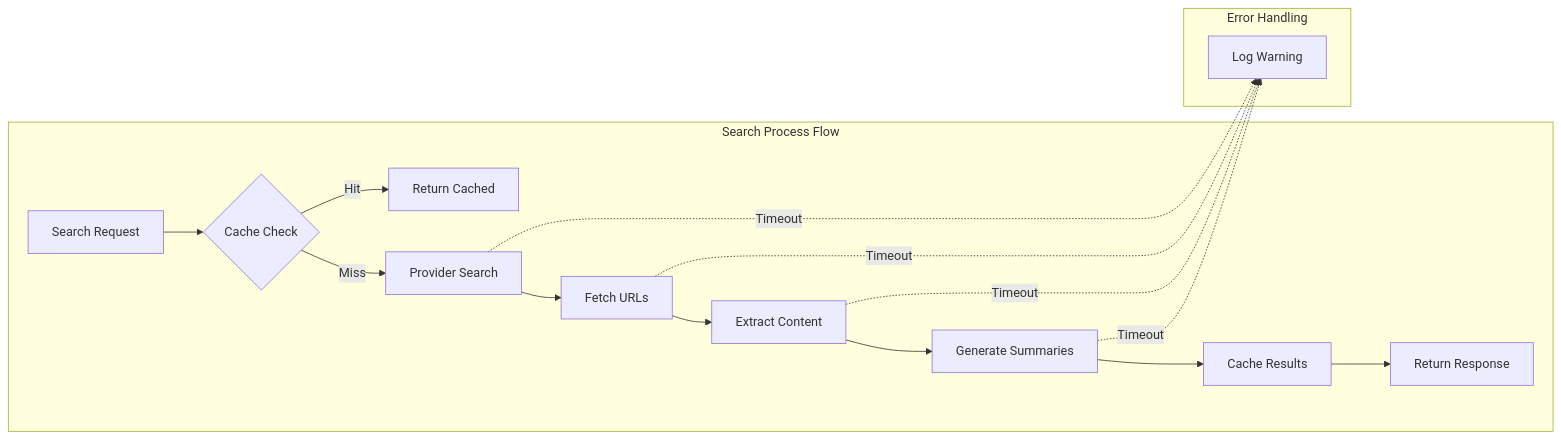
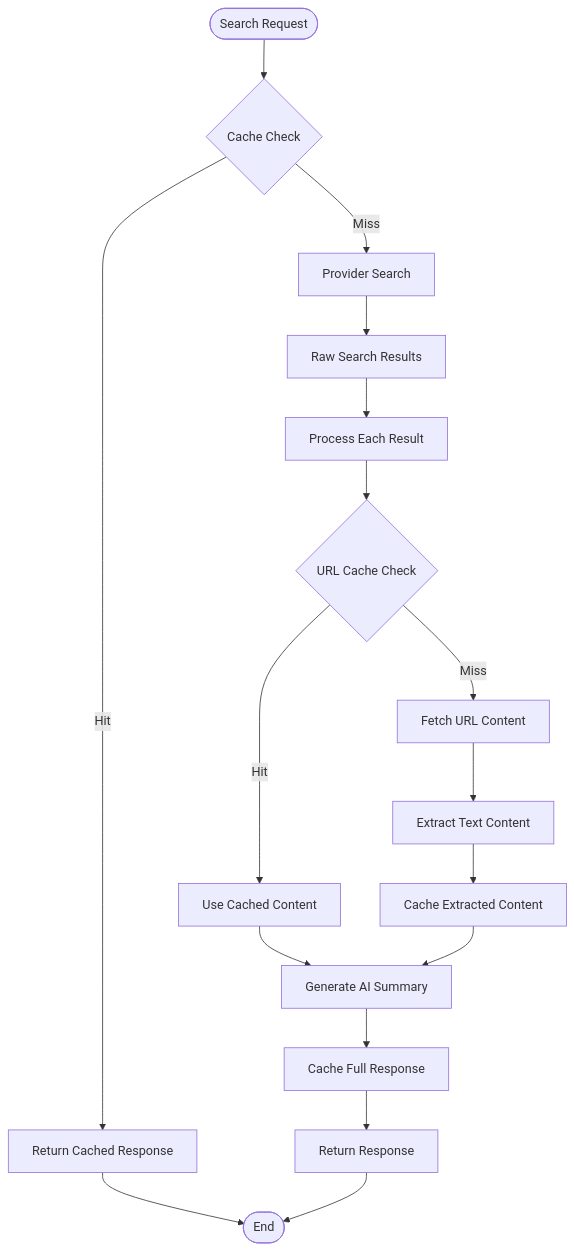
The fourth of 4 diagrams in docs/search-providers.md (anhnh2002/titan-sight), drawn with Mermaid before and after one commit. The commit also changed other lines of this file and 10 other files, not shown here.

````diff
--- a/docs/search-providers.md
+++ b/docs/search-providers.md
@@ -132,20 +169,25 @@
 ```mermaid
-graph LR
-    subgraph "Search Process Flow"
-        A[Search Request] --> B{Cache Check}
-        B -->|Hit| C[Return Cached]
-        B -->|Miss| D[Provider Search]
-        D --> E[Fetch URLs]
-        E --> F[Extract Content]
-        F --> G[Generate Summaries]
-        G --> H[Cache Results]
-        H --> I[Return Response]
-    end
+flowchart TD
+    Start([Search Request]) --> CacheCheck{Cache Check}
+    CacheCheck -->|Hit| ReturnCache[Return Cached Response]
+    CacheCheck -->|Miss| ProviderSearch[Provider Search]
     
-    subgraph "Error Handling"
-        D -.->|Timeout| J[Log Warning]
-        E -.->|Timeout| J
-        F -.->|Timeout| J
-        G -.->|Timeout| J
-    end
+    ProviderSearch --> RawResults[Raw Search Results]
+    RawResults --> ProcessResults[Process Each Result]
+    
+    ProcessResults --> URLCache{URL Cache Check}
+    URLCache -->|Hit| UseCached[Use Cached Content]
+    URLCache -->|Miss| FetchContent[Fetch URL Content]
+    
+    FetchContent --> ExtractContent[Extract Text Content]
+    ExtractContent --> CacheContent[Cache Extracted Content]
+    
+    UseCached --> GenerateSummary[Generate AI Summary]
+    CacheContent --> GenerateSummary
+    
+    GenerateSummary --> CacheResponse[Cache Full Response]
+    CacheResponse --> ReturnResponse[Return Response]
+    
+    ReturnCache --> End([End])
+    ReturnResponse --> End
 ```
````
